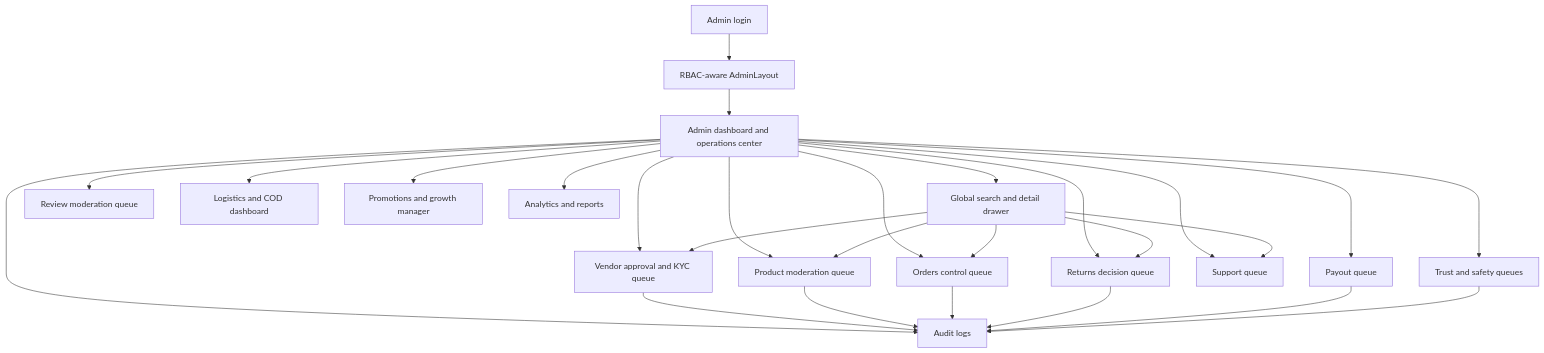
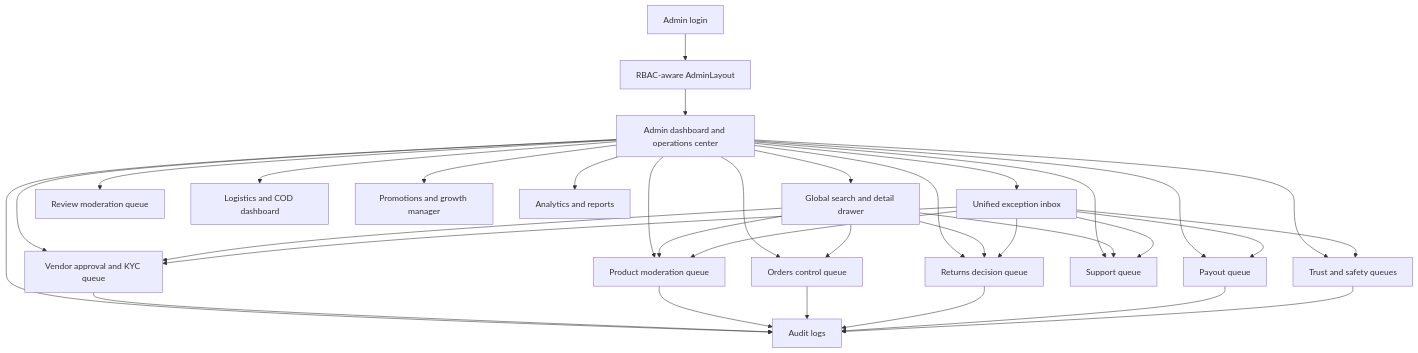
Before and after one commit to mrbabu07/Amiyo-Go: the sixth of 11 diagrams in MARKETPLACE_WORKFLOW_DIAGRAMS.md, drawn with Mermaid. The commit also changed other lines of this file and 4 other files, not shown here.

Commit message:
Add admin dashboard exception inbox

````diff
--- a/MARKETPLACE_WORKFLOW_DIAGRAMS.md
+++ b/MARKETPLACE_WORKFLOW_DIAGRAMS.md
@@ -328,31 +328,38 @@
 ```mermaid
 flowchart TB
     ADMIN_LOGIN[Admin login] --> RBAC[RBAC-aware AdminLayout]
     RBAC --> DASH[Admin dashboard and operations center]
 
     DASH --> GLOBAL_SEARCH[Global search and detail drawer]
+    DASH --> EXCEPTION_INBOX[Unified exception inbox]
     DASH --> VENDOR_QUEUE[Vendor approval and KYC queue]
     DASH --> PRODUCT_QUEUE[Product moderation queue]
     DASH --> ORDER_QUEUE[Orders control queue]
     DASH --> RETURN_QUEUE[Returns decision queue]
     DASH --> PAYOUT_QUEUE[Payout queue]
     DASH --> SUPPORT_QUEUE[Support queue]
     DASH --> REVIEW_QUEUE[Review moderation queue]
     DASH --> TRUST_QUEUE[Trust and safety queues]
     DASH --> LOGISTICS_DASH[Logistics and COD dashboard]
     DASH --> PROMO_DASH[Promotions and growth manager]
     DASH --> ANALYTICS_DASH[Analytics and reports]
     DASH --> AUDIT_LOGS[Audit logs]
 
     GLOBAL_SEARCH --> ORDER_QUEUE
     GLOBAL_SEARCH --> VENDOR_QUEUE
     GLOBAL_SEARCH --> PRODUCT_QUEUE
     GLOBAL_SEARCH --> RETURN_QUEUE
     GLOBAL_SEARCH --> SUPPORT_QUEUE
+    EXCEPTION_INBOX --> VENDOR_QUEUE
+    EXCEPTION_INBOX --> PRODUCT_QUEUE
+    EXCEPTION_INBOX --> RETURN_QUEUE
+    EXCEPTION_INBOX --> PAYOUT_QUEUE
+    EXCEPTION_INBOX --> SUPPORT_QUEUE
+    EXCEPTION_INBOX --> TRUST_QUEUE
     VENDOR_QUEUE --> AUDIT_LOGS
     PRODUCT_QUEUE --> AUDIT_LOGS
     ORDER_QUEUE --> AUDIT_LOGS
     RETURN_QUEUE --> AUDIT_LOGS
     PAYOUT_QUEUE --> AUDIT_LOGS
     TRUST_QUEUE --> AUDIT_LOGS
 ```
````
